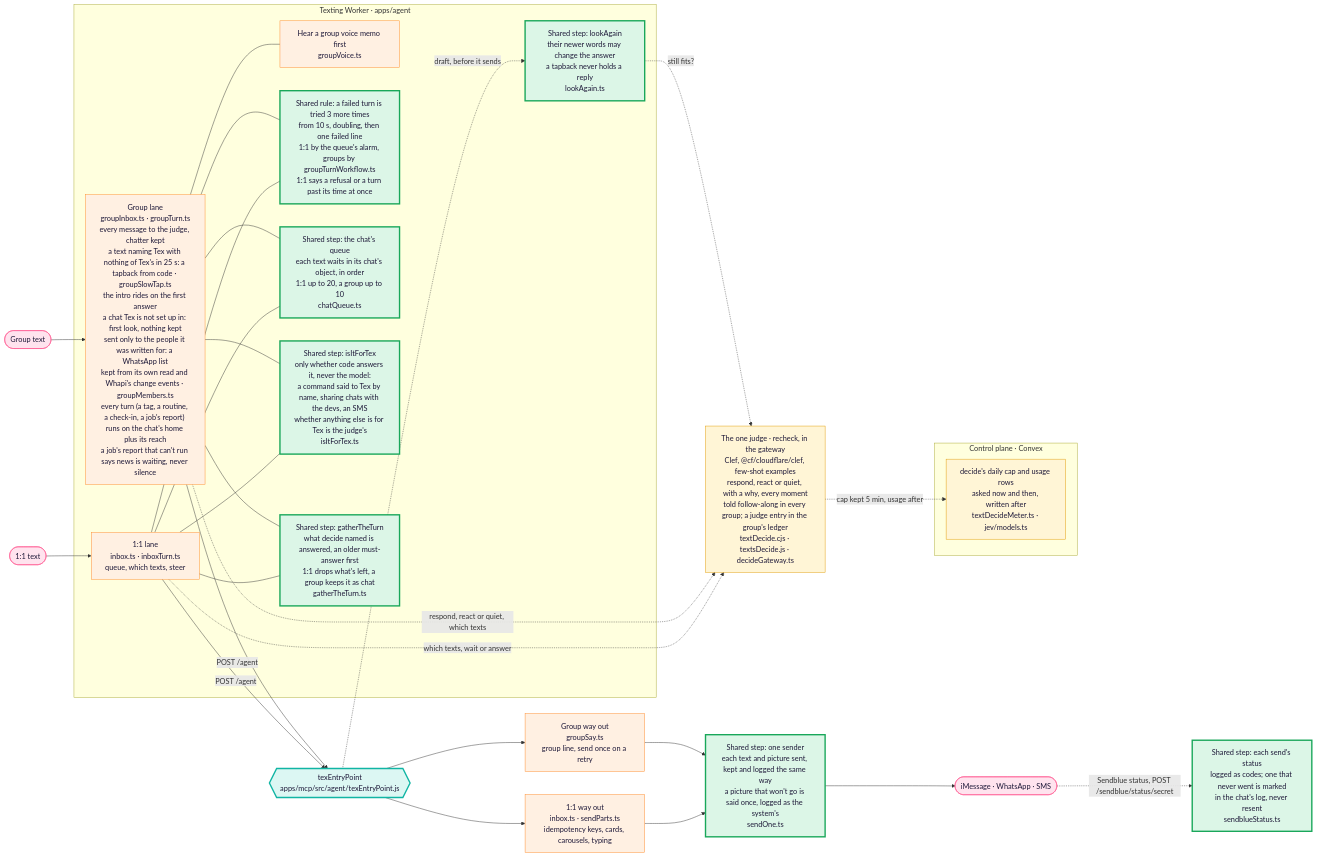
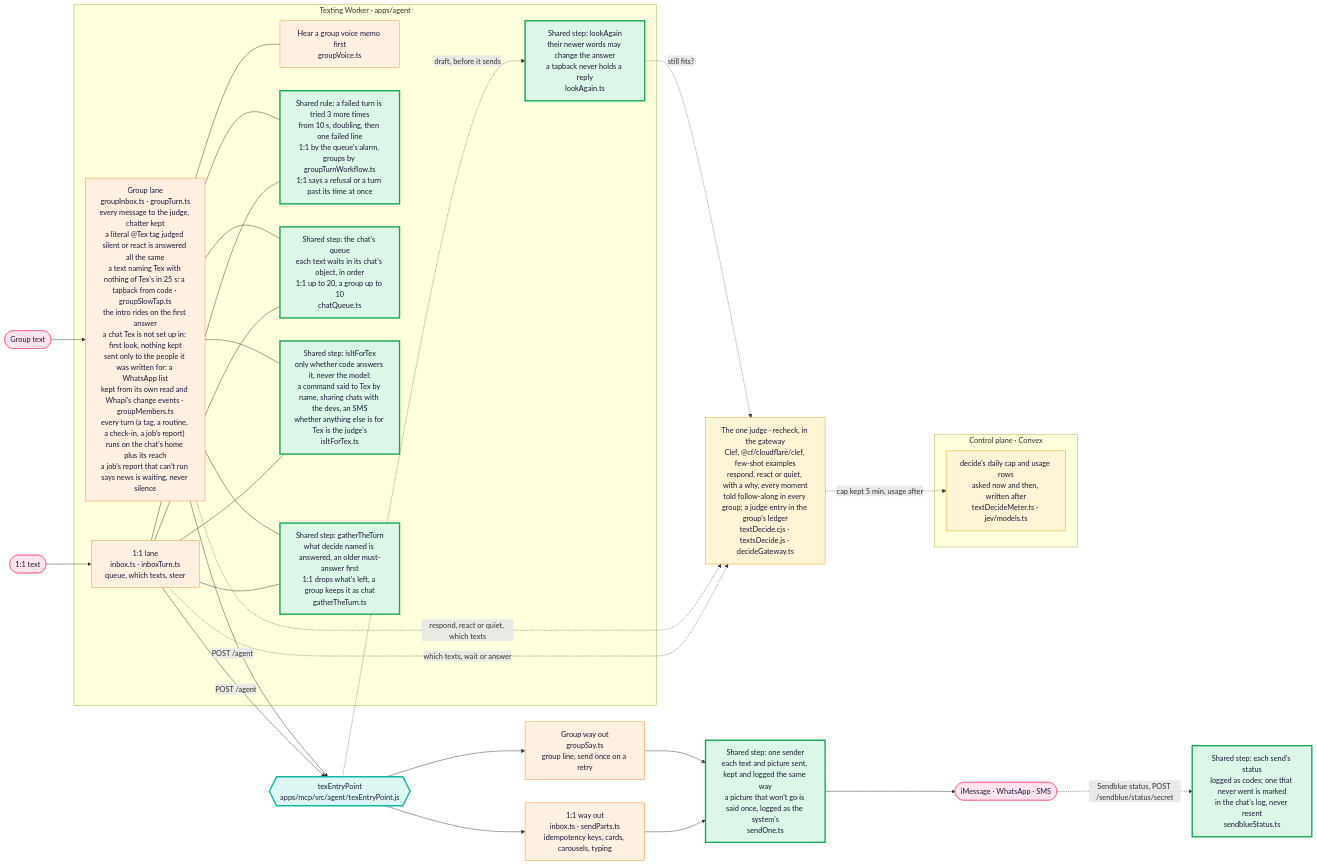
One commit to Supa-Media/context changed the first of 3 diagrams in docs/architecture/tex.md. Above: the diagram before and after it, drawn with Mermaid. The commit also changed other lines of this file and 5 other files, not shown here.

First line of the commit message:
fix(tex): a literal @Tex tag is answered when the judge says silent or react

````diff
--- a/docs/architecture/tex.md
+++ b/docs/architecture/tex.md
@@ -22,47 +22,47 @@
 ```mermaid
 flowchart LR
   P1([1:1 text]):::you --> W1
   P2([Group text]):::you --> W2
   subgraph Worker["Texting Worker · apps/agent"]
     W1["1:1 lane<br/>inbox.ts · inboxTurn.ts<br/>queue, which texts, steer"]:::pipe
-    W2["Group lane<br/>groupInbox.ts · groupTurn.ts<br/>every message to the judge, chatter kept<br/>a text naming Tex with nothing of Tex's in 25 s: a tapback from code · groupSlowTap.ts<br/>the intro rides on the first answer<br/>a chat Tex is not set up in: first look, nothing kept<br/>sent only to the people it was written for: a WhatsApp list<br/>kept from its own read and Whapi's change events · groupMembers.ts<br/>every turn (a tag, a routine, a check-in, a job's report) runs on the chat's home plus its reach<br/>a job's report that can't run says news is waiting, never silence"]:::pipe
+    W2["Group lane<br/>groupInbox.ts · groupTurn.ts<br/>every message to the judge, chatter kept<br/>a literal @Tex tag judged silent or react is answered all the same<br/>a text naming Tex with nothing of Tex's in 25 s: a tapback from code · groupSlowTap.ts<br/>the intro rides on the first answer<br/>a chat Tex is not set up in: first look, nothing kept<br/>sent only to the people it was written for: a WhatsApp list<br/>kept from its own read and Whapi's change events · groupMembers.ts<br/>every turn (a tag, a routine, a check-in, a job's report) runs on the chat's home plus its reach<br/>a job's report that can't run says news is waiting, never silence"]:::pipe
     H["Hear a group voice memo first<br/>groupVoice.ts"]:::pipe
     W2 --- H
     LA["Shared step: lookAgain<br/>their newer words may change the answer<br/>a tapback never holds a reply<br/>lookAgain.ts"]:::shared
     RT["Shared rule: a failed turn is tried 3 more times<br/>from 10 s, doubling, then one failed line<br/>1:1 by the queue's alarm, groups by groupTurnWorkflow.ts<br/>1:1 says a refusal or a turn past its time at once"]:::shared
     W1 --- RT
     W2 --- RT
     Q["Shared step: the chat's queue<br/>each text waits in its chat's object, in order<br/>1:1 up to 20, a group up to 10<br/>chatQueue.ts"]:::shared
     W1 --- Q
     W2 --- Q
     FT["Shared step: isItForTex<br/>only whether code answers it, never the model:<br/>a command said to Tex by name, sharing chats with the devs, an SMS<br/>whether anything else is for Tex is the judge's<br/>isItForTex.ts"]:::shared
     W1 --- FT
     W2 --- FT
     GT["Shared step: gatherTheTurn<br/>what decide named is answered, an older must-answer first<br/>1:1 drops what's left, a group keeps it as chat<br/>gatherTheTurn.ts"]:::shared
     W1 --- GT
     W2 --- GT
   end
   D["The one judge · recheck, in the gateway<br/>Clef, @cf/cloudflare/clef, few-shot examples<br/>respond, react or quiet, with a why, every moment<br/>told follow-along in every group; a judge entry in the group's ledger<br/>textDecide.cjs · textsDecide.js · decideGateway.ts"]:::judge
   subgraph Control["Control plane · Convex"]
     CAP["decide's daily cap and usage rows<br/>asked now and then, written after<br/>textDecideMeter.ts · jev/models.ts"]:::judge
   end
   D -. cap kept 5 min, usage after .-> CAP
   W1 -. which texts, wait or answer .-> D
   W2 -. respond, react or quiet, which texts .-> D
   E -. draft, before it sends .-> LA
   LA -. still fits? .-> D
   W1 -->|POST /agent| E
   W2 -->|POST /agent| E
   E{{"texEntryPoint<br/>apps/mcp/src/agent/texEntryPoint.js"}}:::door
   E --> S1["1:1 way out<br/>inbox.ts · sendParts.ts<br/>idempotency keys, cards, carousels, typing"]:::pipe
   E --> S2["Group way out<br/>groupSay.ts<br/>group line, send once on a retry"]:::pipe
   S1 --> SO["Shared step: one sender<br/>each text and picture sent, kept and logged the same way<br/>a picture that won't go is said once, logged as the system's<br/>sendOne.ts"]:::shared
   S2 --> SO
   SO --> Out([iMessage · WhatsApp · SMS]):::you
   Out -. "Sendblue status, POST /sendblue/status/secret" .-> ST["Shared step: each send's status<br/>logged as codes; one that never went is marked<br/>in the chat's log, never resent<br/>sendblueStatus.ts"]:::shared
   classDef you fill:#ffe3ee,stroke:#ff4f8b,color:#1d1838
   classDef pipe fill:#fff0e2,stroke:#ff8a2a,color:#1d1838
   classDef door fill:#dcf7f3,stroke:#11b5a4,stroke-width:3px,color:#1d1838
   classDef judge fill:#fff5d6,stroke:#e09a00,color:#1d1838
   classDef shared fill:#dcf6e7,stroke:#19a75a,stroke-width:3px,color:#1d1838
 ```
````
